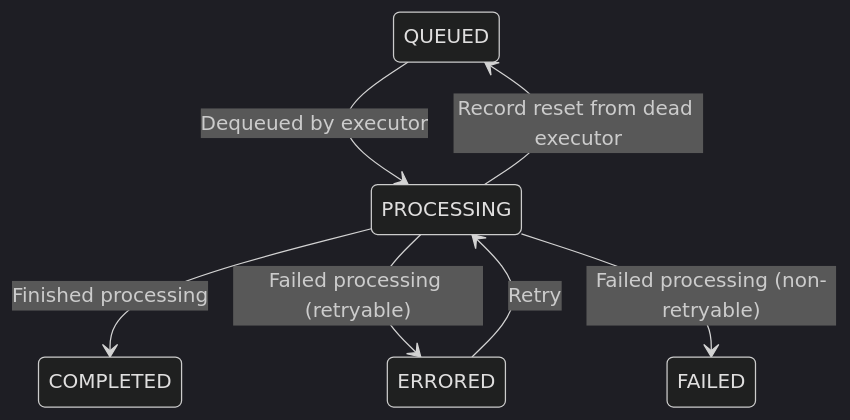
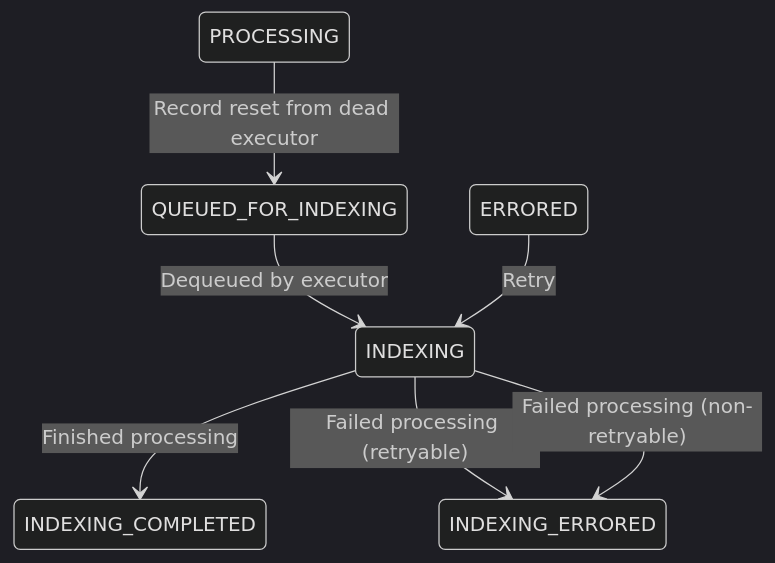
Before and after one commit to sourcegraph/sourcegraph-public-snapshot: the diagram in doc/code_navigation/explanations/diagrams/index-states.mermaid, drawn with Mermaid (dark theme). The commit also changed 6 other files, not shown here.

Commit message:
Update diagrams and screenshots.

```diff
--- a/doc/code_navigation/explanations/diagrams/index-states.mermaid
+++ b/doc/code_navigation/explanations/diagrams/index-states.mermaid
@@ -1,7 +1,7 @@
 stateDiagram-v2
-    QUEUED     --> PROCESSING: Dequeued by executor
-    PROCESSING --> COMPLETED: Finished processing
-    PROCESSING --> ERRORED: Failed processing (retryable)
-    ERRORED    --> PROCESSING: Retry
-    PROCESSING --> FAILED: Failed processing (non-retryable)
-    PROCESSING --> QUEUED: Record reset from dead executor
+    QUEUED_FOR_INDEXING --> INDEXING: Dequeued by executor
+    INDEXING            --> INDEXING_COMPLETED: Finished processing
+    INDEXING            --> INDEXING_ERRORED: Failed processing (retryable)
+    ERRORED             --> INDEXING: Retry
+    INDEXING            --> INDEXING_ERRORED: Failed processing (non-retryable)
+    PROCESSING          --> QUEUED_FOR_INDEXING: Record reset from dead executor
```
